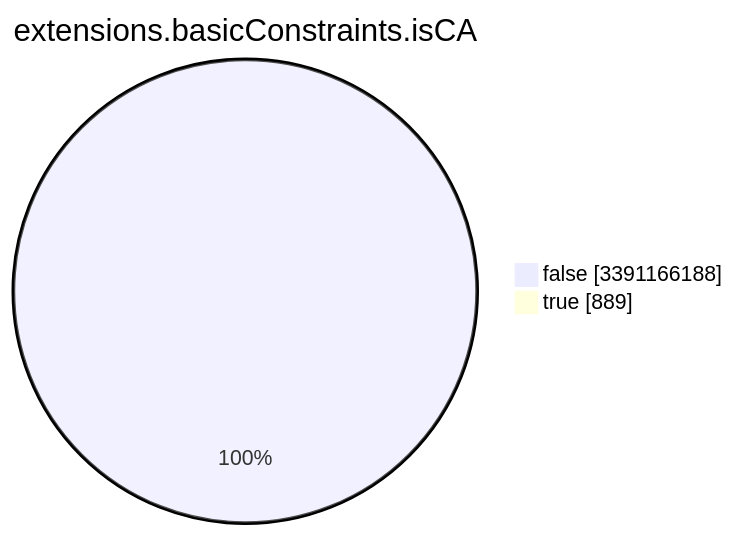
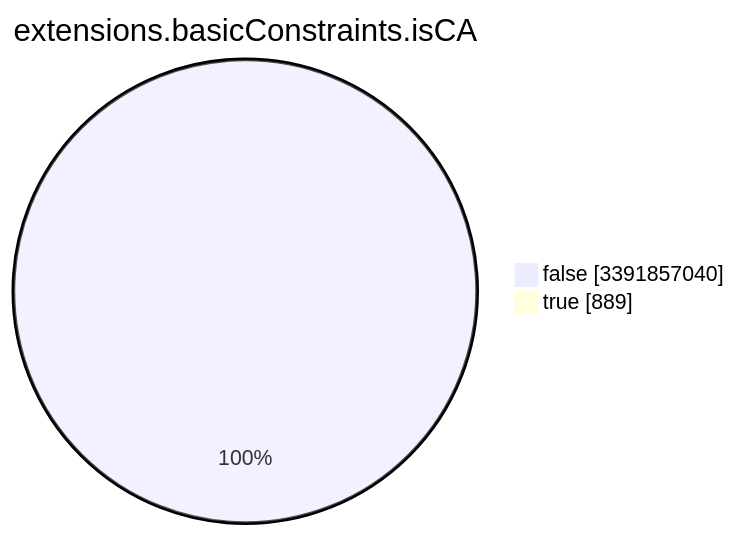
One commit to christiankrug/ctmonitor_visualization changed the seventh of 15 diagrams in TOTAL/README.md. Above: the diagram before and after it, drawn with Mermaid. The commit also changed other lines of this file, not shown here.

````diff
--- a/TOTAL/README.md
+++ b/TOTAL/README.md
@@ -3090,6 +3090,6 @@
 ```mermaid
 pie showData
 title extensions.basicConstraints.isCA
-"false" :3391166188
+"false" :3391857040
 "true" :889
 ```
````
